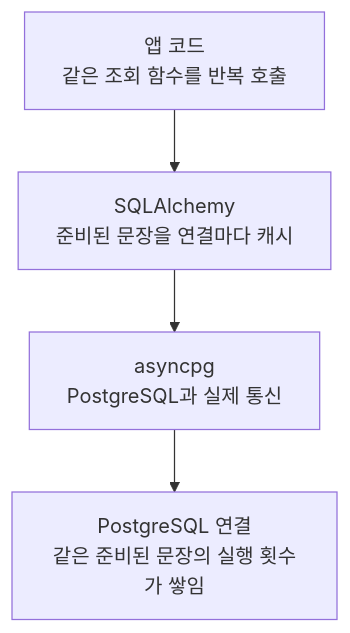
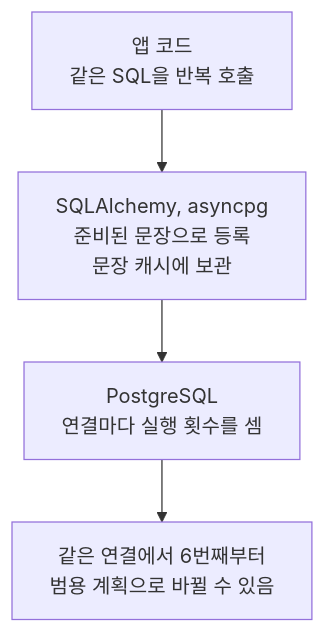
One commit to dotoryeee/blog changed the third of 5 diagrams in docs/posts/SRE/prepared_statement_generic_plan.md. Above: the diagram before and after it, drawn with Mermaid. The commit also changed other lines of this file and 1 other file, not shown here.

````diff
--- a/docs/posts/SRE/prepared_statement_generic_plan.md
+++ b/docs/posts/SRE/prepared_statement_generic_plan.md
@@ -74,6 +69,6 @@
 ```mermaid
 flowchart TD
-    A[앱 코드<br/>같은 조회 함수를 반복 호출] --> B[SQLAlchemy<br/>준비된 문장을 연결마다 캐시]
-    B --> C[asyncpg<br/>PostgreSQL과 실제 통신]
-    C --> D[PostgreSQL 연결<br/>같은 준비된 문장의 실행 횟수가 쌓임]
+    A[앱 코드<br/>같은 SQL을 반복 호출] --> B[SQLAlchemy, asyncpg<br/>준비된 문장으로 등록<br/>문장 캐시에 보관]
+    B --> C[PostgreSQL<br/>연결마다 실행 횟수를 셈]
+    C --> D[같은 연결에서 6번째부터<br/>범용 계획으로 바뀔 수 있음]
 ```
````
